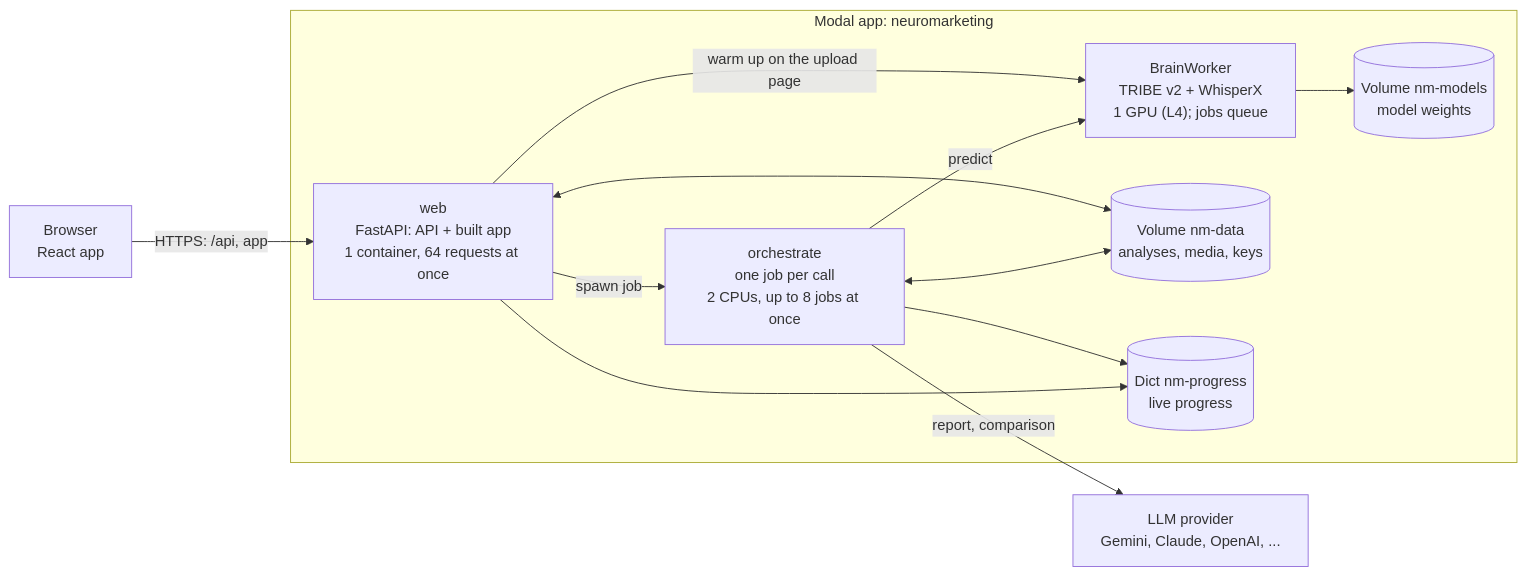
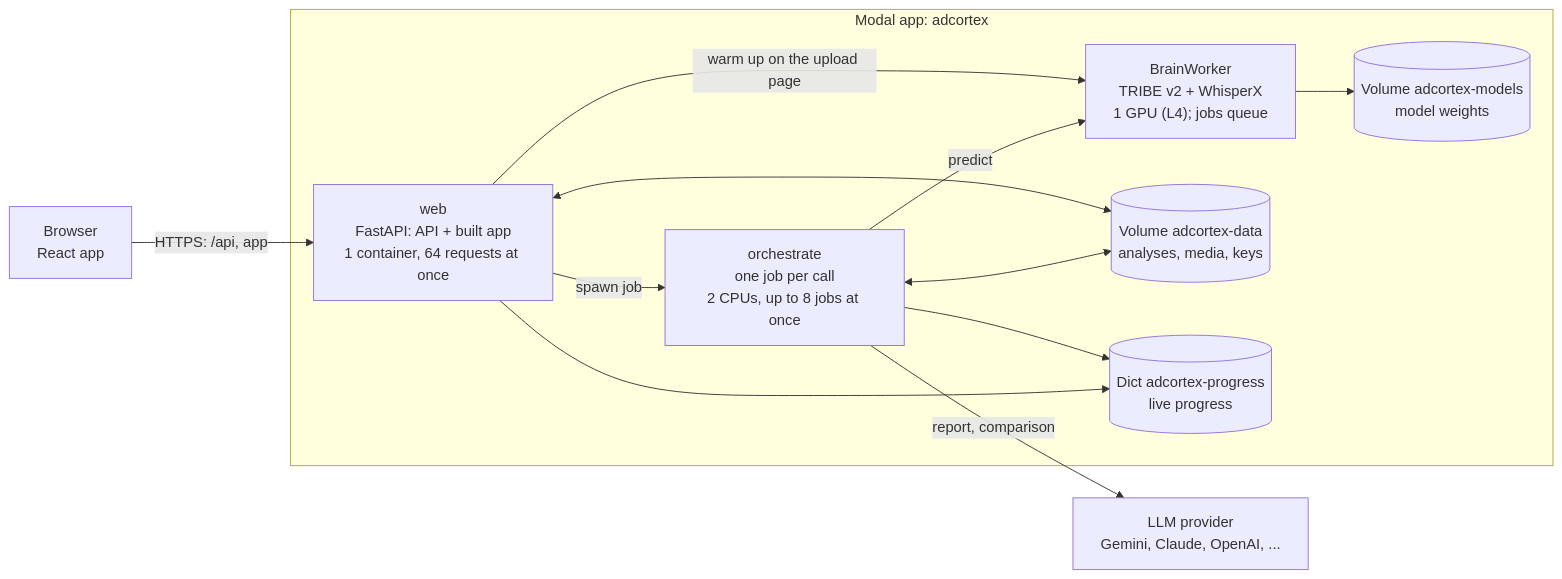
The diagram in docs/architecture.md (wolfomania/adcortex), drawn with Mermaid before and after one commit. The commit also changed other lines of this file and 213 other files, not shown here.

````diff
--- a/docs/architecture.md
+++ b/docs/architecture.md
@@ -15,26 +15,26 @@
 ```mermaid
 flowchart LR
     browser["Browser<br/>React app"]
 
-    subgraph modal["Modal app: neuromarketing"]
+    subgraph modal["Modal app: adcortex"]
         web["web<br/>FastAPI: API + built app<br/>1 container, 64 requests at once"]
         orchestrate["orchestrate<br/>one job per call<br/>2 CPUs, up to 8 jobs at once"]
         worker["BrainWorker<br/>TRIBE v2 + WhisperX<br/>1 GPU (L4); jobs queue"]
-        data[("Volume nm-data<br/>analyses, media, keys")]
-        progress[("Dict nm-progress<br/>live progress")]
-        models[("Volume nm-models<br/>model weights")]
+        data[("Volume adcortex-data<br/>analyses, media, keys")]
+        progress[("Dict adcortex-progress<br/>live progress")]
+        models[("Volume adcortex-models<br/>model weights")]
     end
 
     llm["LLM provider<br/>Gemini, Claude, OpenAI, ..."]
 
     browser -- "HTTPS: /api, app" --> web
     web -- "spawn job" --> orchestrate
     web -- "warm up on the upload page" --> worker
     orchestrate -- "predict" --> worker
     orchestrate -- "report, comparison" --> llm
     web <--> data
     orchestrate <--> data
     orchestrate --> progress
     web --> progress
     worker --> models
 ```
````
